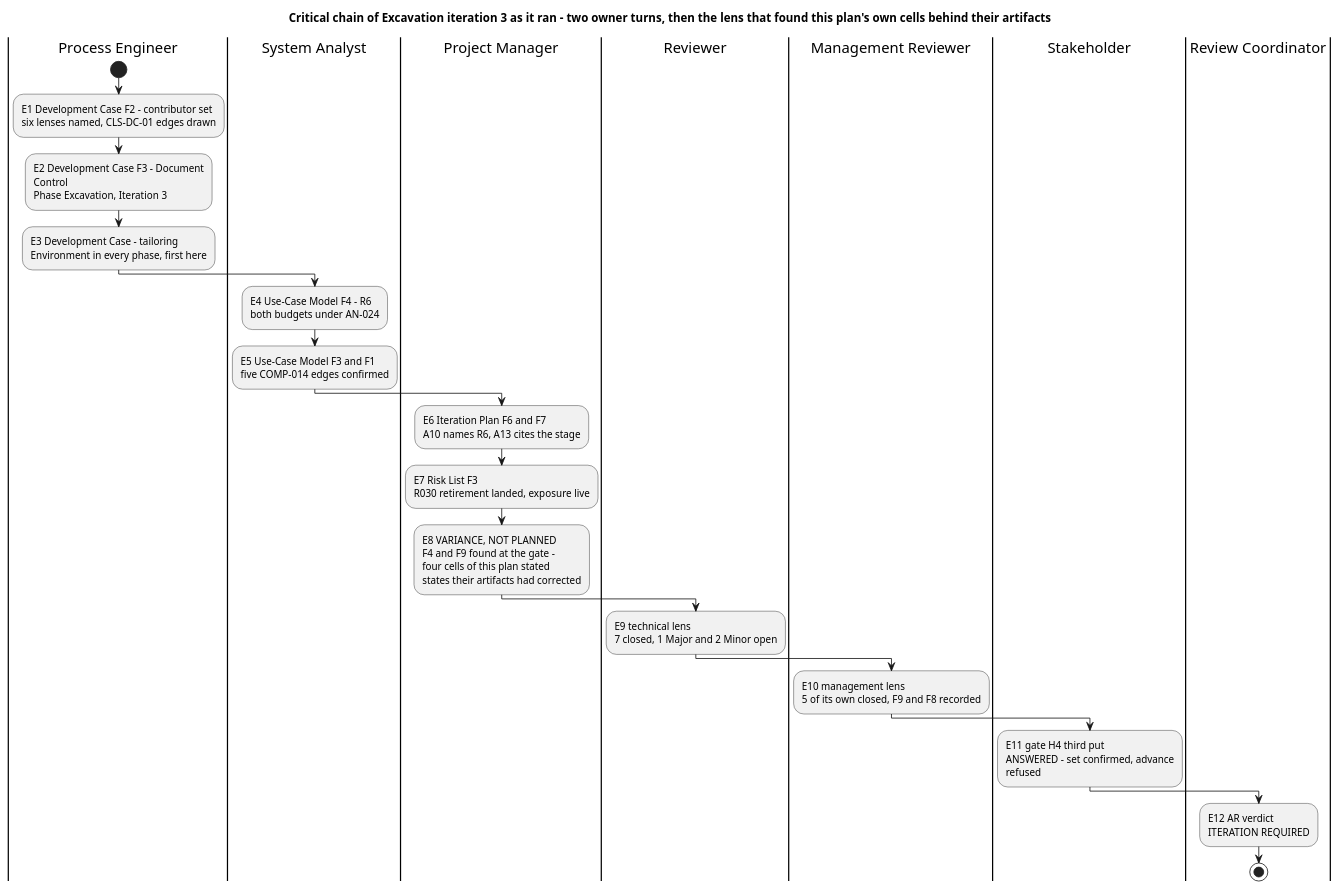
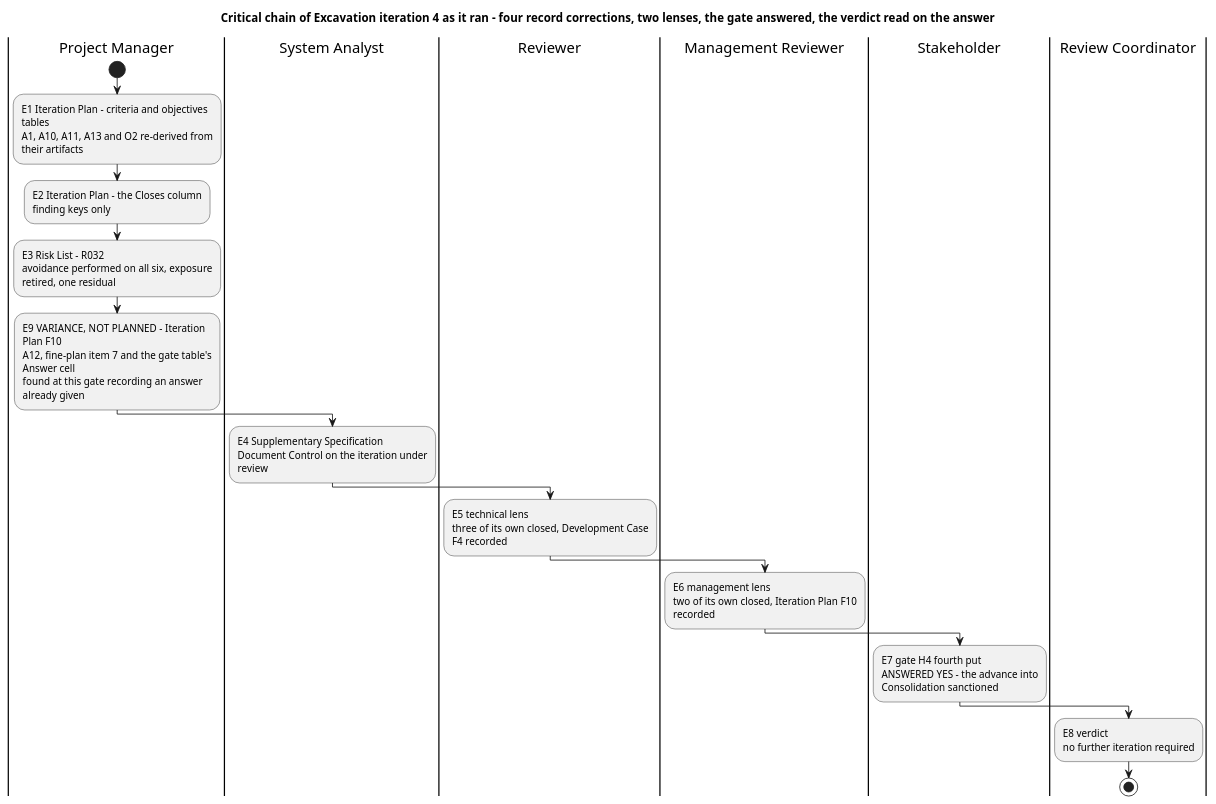
One commit to banense-test/TodoApp changed the second of 5 diagrams in docs/artifacts/project-management/iteration-assessment.md. Above: the diagram before and after it, drawn with PlantUML. The commit also changed other lines of this file, not shown here.

First line of the commit message:
Project Manager [Excavation4]: upsert Iteration Assessment

````diff
--- a/docs/artifacts/project-management/iteration-assessment.md
+++ b/docs/artifacts/project-management/iteration-assessment.md
@@ -54,46 +54,37 @@
 ```plantuml
 @startuml
-title Critical chain of Excavation iteration 3 as it ran - two owner turns, then the lens that found this plan's own cells behind their artifacts
+title Critical chain of Excavation iteration 4 as it ran - four record corrections, two lenses, the gate answered, the verdict read on the answer
 skinparam shadowing false
 skinparam wrapWidth 250
 
-|Process Engineer|
+|Project Manager|
 start
-:E1 Development Case F2 - contributor set
-six lenses named, CLS-DC-01 edges drawn;
-:E2 Development Case F3 - Document Control
-Phase Excavation, Iteration 3;
-:E3 Development Case - tailoring
-Environment in every phase, first here;
+:E1 Iteration Plan - criteria and objectives tables
+A1, A10, A11, A13 and O2 re-derived from their artifacts;
+:E2 Iteration Plan - the Closes column
+finding keys only;
+:E3 Risk List - R032
+avoidance performed on all six, exposure retired, one residual;
+:E9 VARIANCE, NOT PLANNED - Iteration Plan F10
+A12, fine-plan item 7 and the gate table's Answer cell
+found at this gate recording an answer already given;
 
 |System Analyst|
-:E4 Use-Case Model F4 - R6
-both budgets under AN-024;
-:E5 Use-Case Model F3 and F1
-five COMP-014 edges confirmed;
-
-|Project Manager|
-:E6 Iteration Plan F6 and F7
-A10 names R6, A13 cites the stage;
-:E7 Risk List F3
-R030 retirement landed, exposure live;
-:E8 VARIANCE, NOT PLANNED
-F4 and F9 found at the gate -
-four cells of this plan stated
-states their artifacts had corrected;
+:E4 Supplementary Specification
+Document Control on the iteration under review;
 
 |Reviewer|
-:E9 technical lens
-7 closed, 1 Major and 2 Minor open;
+:E5 technical lens
+three of its own closed, Development Case F4 recorded;
 |Management Reviewer|
-:E10 management lens
-5 of its own closed, F9 and F8 recorded;
+:E6 management lens
+two of its own closed, Iteration Plan F10 recorded;
 |Stakeholder|
-:E11 gate H4 third put
-ANSWERED - set confirmed, advance refused;
+:E7 gate H4 fourth put
+ANSWERED YES - the advance into Consolidation sanctioned;
 |Review Coordinator|
-:E12 AR verdict
-ITERATION REQUIRED;
+:E8 verdict
+no further iteration required;
 stop
 @enduml
 ```
````
